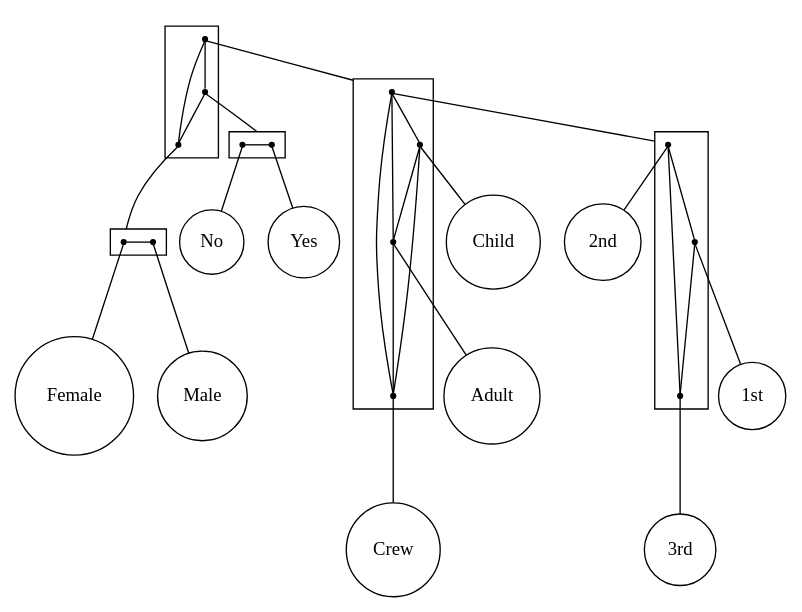
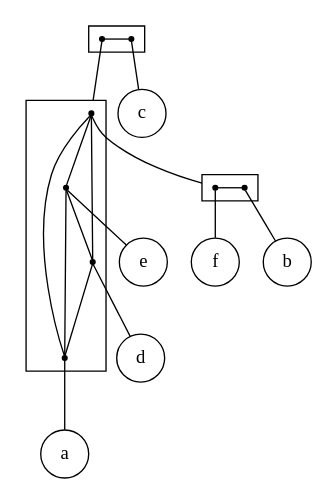
One commit to lrodrin/TFG changed the diagram in src/extension/plain_2-structure.dot. Above: the diagram before and after it, drawn with Graphviz. The commit also changed 20 other files, not shown here.

```diff
--- a/src/extension/plain_2-structure.dot
+++ b/src/extension/plain_2-structure.dot
@@ -1,67 +1,43 @@
 strict digraph "plain_2-structure" {
 compound=true;
 fontname=Verdana;
 fontsize=12;
 newrank=true;
 node [shape=circle];
-Child;
-Adult;
-Crew;
-"2nd";
-"1st";
-"3rd";
-Female;
-Male;
-Yes;
-No;
-subgraph cluster_2ndFemaleChild1stAdultNoMaleCrew3rdYes {
+c;
+e;
+d;
+a;
+f;
+b;
+subgraph cluster_bdacfe {
+rank=same;
 node [shape=point];
-s_Child1stAdultCrew2nd3rd -> s_YesNo  [arrowhead=none, color=black];
-s_Child1stAdultCrew2nd3rd -> s_FemaleMale  [arrowhead=none, color=black];
-s_YesNo -> s_FemaleMale  [arrowhead=none, color=black];
+s_bdafe -> s_c  [arrowhead=none, color=black];
 }
 
-subgraph cluster_Child1stAdultCrew2nd3rd {
+subgraph cluster_bdafe {
 node [shape=point];
-s_3rd2nd1st -> s_Child  [arrowhead=none, color=black];
-s_3rd2nd1st -> s_Adult  [arrowhead=none, color=black];
-s_3rd2nd1st -> s_Crew  [arrowhead=none, color=black];
-s_Child -> s_Adult  [arrowhead=none, color=black];
-s_Child -> s_Crew  [arrowhead=none, color=black];
-s_Adult -> s_Crew  [arrowhead=none, color=black];
+s_fb -> s_e  [arrowhead=none, color=black];
+s_fb -> s_d  [arrowhead=none, color=black];
+s_fb -> s_a  [arrowhead=none, color=black];
+s_e -> s_d  [arrowhead=none, color=black];
+s_e -> s_a  [arrowhead=none, color=black];
+s_d -> s_a  [arrowhead=none, color=black];
 }
 
-subgraph cluster_3rd2nd1st {
+subgraph cluster_fb {
+rank=same;
 node [shape=point];
-s_2nd -> s_1st  [arrowhead=none, color=black];
-s_2nd -> s_3rd  [arrowhead=none, color=black];
-s_1st -> s_3rd  [arrowhead=none, color=black];
+s_f -> s_b  [arrowhead=none, color=black];
 }
 
-subgraph cluster_FemaleMale {
-rank=same;
-node [shape=point];
-s_Female -> s_Male  [arrowhead=none, color=black];
+s_bdafe -> s_fb  [arrowhead=none, lhead=cluster_bdafe];
+s_c -> c  [arrowhead=none];
+s_fb -> s_f  [arrowhead=none, lhead=cluster_fb];
+s_e -> e  [arrowhead=none];
+s_d -> d  [arrowhead=none];
+s_a -> a  [arrowhead=none];
+s_f -> f  [arrowhead=none];
+s_b -> b  [arrowhead=none];
 }
-
-subgraph cluster_YesNo {
-rank=same;
-node [shape=point];
-s_Yes -> s_No  [arrowhead=none, color=black];
-}
-
-s_Child1stAdultCrew2nd3rd -> s_3rd2nd1st  [arrowhead=none, lhead=cluster_Child1stAdultCrew2nd3rd];
-s_YesNo -> s_Yes  [arrowhead=none, lhead=cluster_YesNo];
-s_FemaleMale -> s_Female  [arrowhead=none, lhead=cluster_FemaleMale];
-s_3rd2nd1st -> s_2nd  [arrowhead=none, lhead=cluster_3rd2nd1st];
-s_Child -> Child  [arrowhead=none];
-s_Adult -> Adult  [arrowhead=none];
-s_Crew -> Crew  [arrowhead=none];
-s_2nd -> "2nd"  [arrowhead=none];
-s_1st -> "1st"  [arrowhead=none];
-s_3rd -> "3rd"  [arrowhead=none];
-s_Female -> Female  [arrowhead=none];
-s_Male -> Male  [arrowhead=none];
-s_Yes -> Yes  [arrowhead=none];
-s_No -> No  [arrowhead=none];
-}
```
